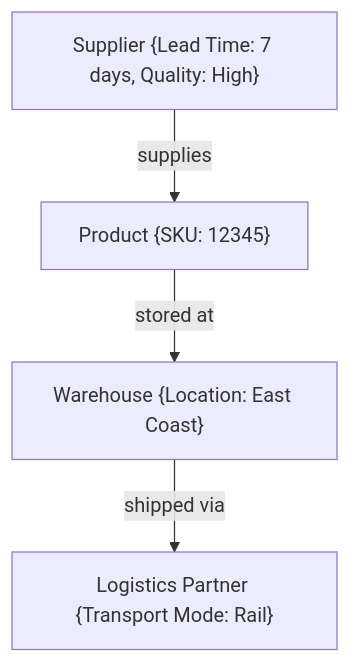
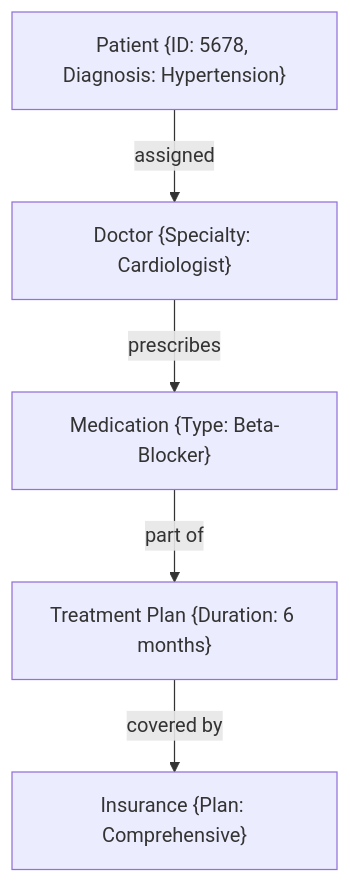
The fifth of 5 diagrams in README.md (TheGuyFromTheApprentice/ActiveGraphNetworks), drawn with Mermaid before and after one commit. The commit also changed other lines of this file, not shown here.

````diff
--- a/README.md
+++ b/README.md
@@ -98,10 +115,12 @@
 ```mermaid
 graph TD;
-    Supplier["Supplier {Lead Time: 7 days, Quality: High}"]
-    Warehouse["Warehouse {Location: East Coast}"]
-    Logistics["Logistics Partner {Transport Mode: Rail}"]
-    Product["Product {SKU: 12345}"]
-    Supplier -->|supplies| Product
-    Product -->|stored at| Warehouse
-    Warehouse -->|shipped via| Logistics
+    Patient["Patient {ID: 5678, Diagnosis: Hypertension}"]
+    Doctor["Doctor {Specialty: Cardiologist}"]
+    Medication["Medication {Type: Beta-Blocker}"]
+    TreatmentPlan["Treatment Plan {Duration: 6 months}"]
+    Insurance["Insurance {Plan: Comprehensive}"]
+    Patient -->|assigned| Doctor
+    Doctor -->|prescribes| Medication
+    Medication -->|part of| TreatmentPlan
+    TreatmentPlan -->|covered by| Insurance
 ```
````
